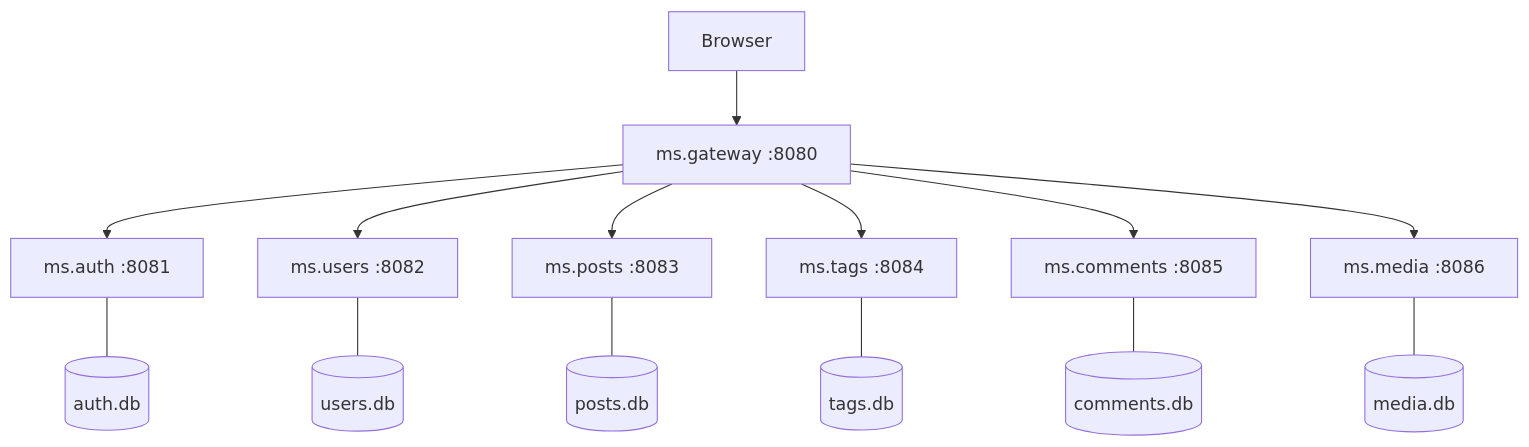
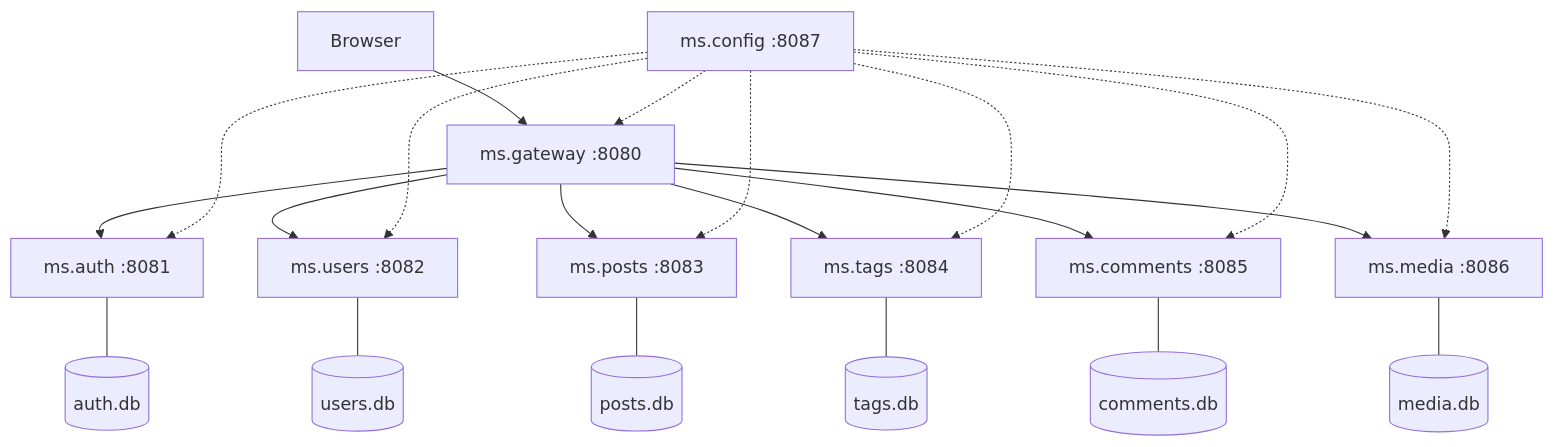
One commit to sakura1977/mormot2-microservices-blog-sample changed the diagram in readme.md. Above: the diagram before and after it, drawn with Mermaid. The commit also changed other lines of this file and 28 other files, not shown here.

````diff
--- a/readme.md
+++ b/readme.md
@@ -41,16 +41,23 @@
 ```mermaid
 graph TB
     Browser --> GW[ms.gateway :8080]
     GW --> AUTH[ms.auth :8081]
     GW --> USERS[ms.users :8082]
     GW --> POSTS[ms.posts :8083]
     GW --> TAGS[ms.tags :8084]
     GW --> COMMENTS[ms.comments :8085]
     GW --> MEDIA[ms.media :8086]
+    CONFIG[ms.config :8087] -.-> AUTH
+    CONFIG -.-> USERS
+    CONFIG -.-> POSTS
+    CONFIG -.-> TAGS
+    CONFIG -.-> COMMENTS
+    CONFIG -.-> MEDIA
+    CONFIG -.-> GW
     AUTH --- DB1[(auth.db)]
     USERS --- DB2[(users.db)]
     POSTS --- DB3[(posts.db)]
     TAGS --- DB4[(tags.db)]
     COMMENTS --- DB5[(comments.db)]
     MEDIA --- DB6[(media.db)]
 ```
````
